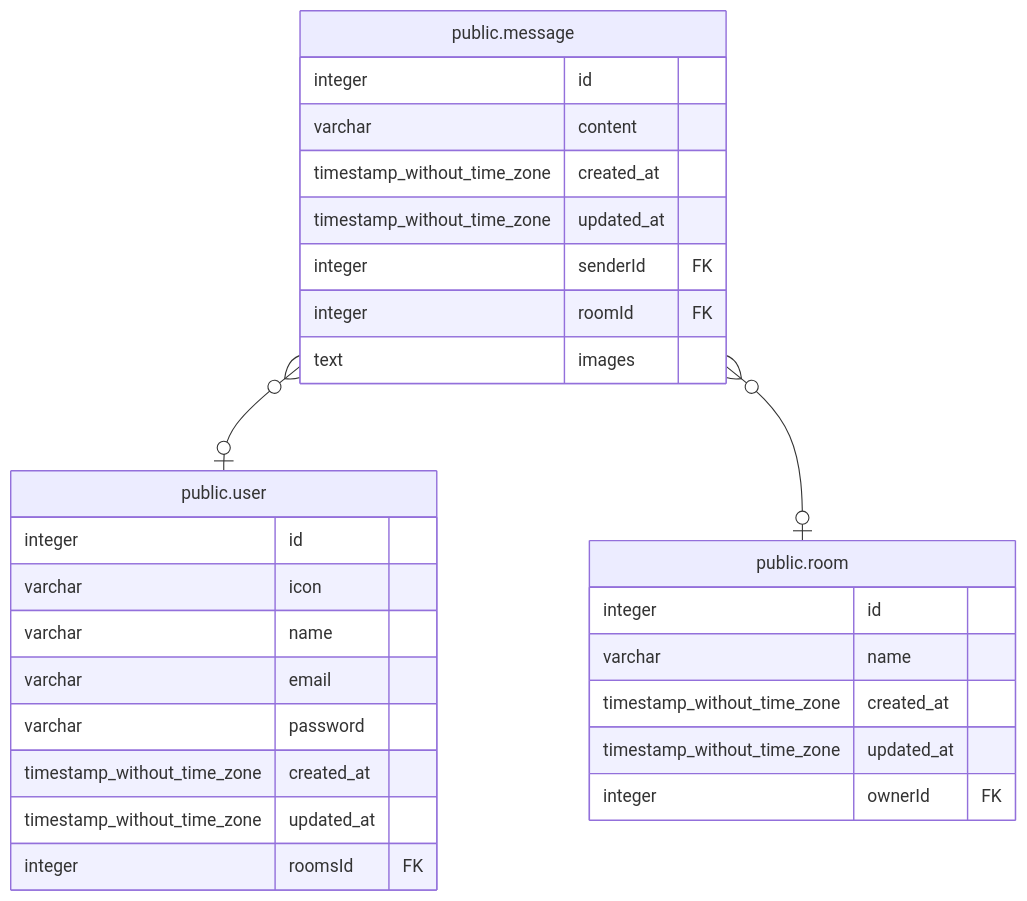
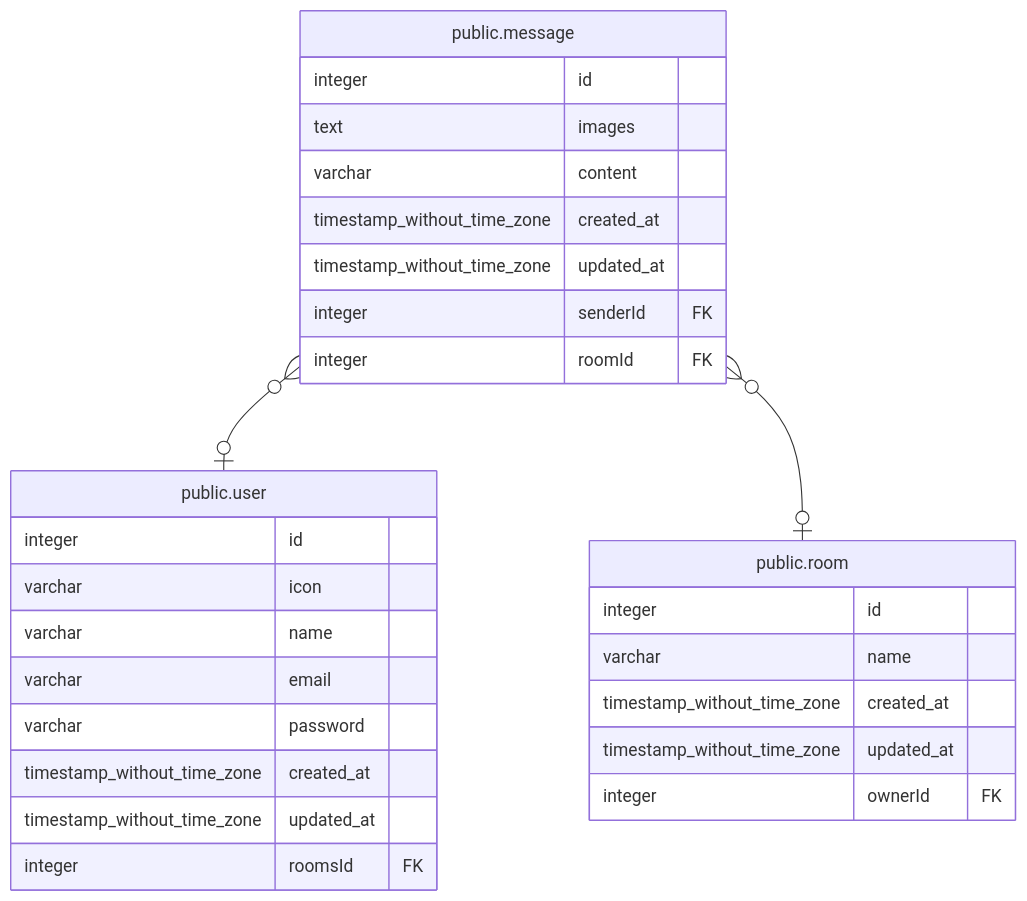
One commit to yumekiti-archive/chat changed the diagram in docs/dbschema/public.message.md. Above: the diagram before and after it, drawn with Mermaid. The commit also changed other lines of this file and 6 other files, not shown here.

````diff
--- a/docs/dbschema/public.message.md
+++ b/docs/dbschema/public.message.md
@@ -33,33 +33,33 @@
 ```mermaid
 erDiagram
 
 "public.message" }o--o| "public.user" : ""
 "public.message" }o--o| "public.room" : ""
 
 "public.message" {
   integer id
+  text images
   varchar content
   timestamp_without_time_zone created_at
   timestamp_without_time_zone updated_at
   integer senderId FK
   integer roomId FK
-  text images
 }
 "public.user" {
   integer id
   varchar icon
   varchar name
   varchar email
   varchar password
   timestamp_without_time_zone created_at
   timestamp_without_time_zone updated_at
   integer roomsId FK
 }
 "public.room" {
   integer id
   varchar name
   timestamp_without_time_zone created_at
   timestamp_without_time_zone updated_at
   integer ownerId FK
 }
 ```
````
